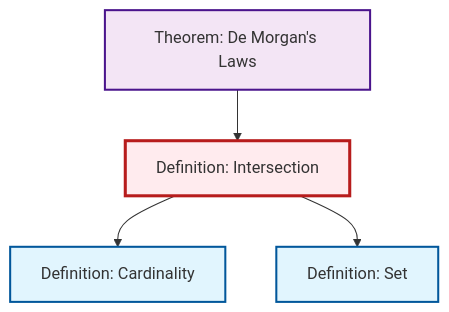
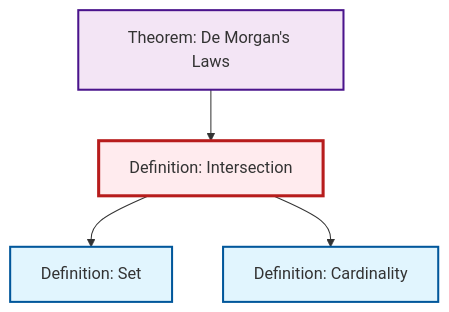
Before and after one commit to RK0429/ModernMath: the diagram in content/ja/logic-set-theory/def-intersection.qmd, drawn with Mermaid. The commit also changed other lines of this file and 654 other files, not shown here.

````diff
--- a/content/ja/logic-set-theory/def-intersection.qmd
+++ b/content/ja/logic-set-theory/def-intersection.qmd
@@ -63,20 +63,20 @@
 ```{mermaid}
 %%| fig-cap: "Local dependency graph"
 graph TD
     classDef definition fill:#e1f5fe,stroke:#01579b,stroke-width:2px
     classDef theorem fill:#f3e5f5,stroke:#4a148c,stroke-width:2px
     classDef axiom fill:#fff3e0,stroke:#e65100,stroke-width:2px
     classDef example fill:#e8f5e9,stroke:#1b5e20,stroke-width:2px
     classDef current fill:#ffebee,stroke:#b71c1c,stroke-width:3px
+    def-set["Definition: Set"]:::definition
+    def-intersection["Definition: Intersection"]:::definition
     def-cardinality["Definition: Cardinality"]:::definition
     thm-de-morgan["Theorem: De Morgan's Laws"]:::theorem
-    def-intersection["Definition: Intersection"]:::definition
-    def-set["Definition: Set"]:::definition
     thm-de-morgan --> def-intersection
+    def-intersection --> def-set
     def-intersection --> def-cardinality
-    def-intersection --> def-set
     class def-intersection current
+    click def-set "def-set.html" "Definition: Setへ"
     click def-cardinality "def-cardinality.html" "Definition: Cardinalityへ"
     click thm-de-morgan "thm-de-morgan.html" "Theorem: De Morgan's Lawsへ"
-    click def-set "def-set.html" "Definition: Setへ"
 ```
````
